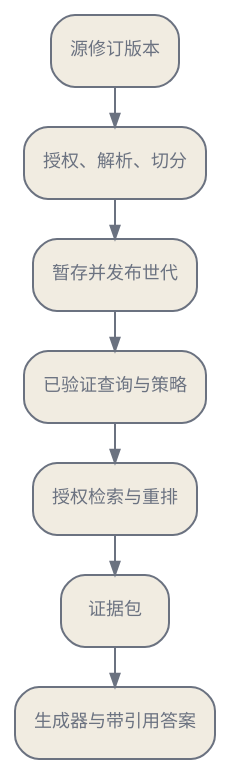
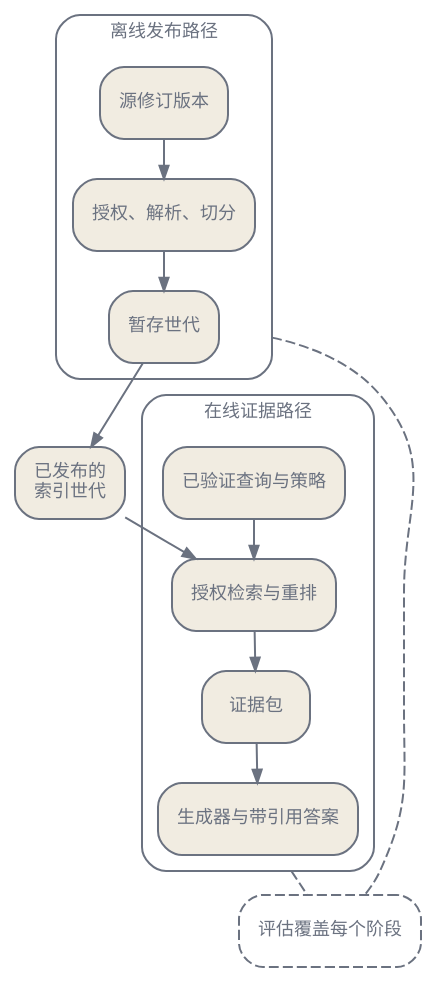
One commit to latere-ai/ai-as-an-infrastructure changed the first of 3 diagrams in zh/practice/06-retrieval-and-documents.qmd. Above: the diagram before and after it, drawn with Graphviz. The commit also changed other lines of this file and 1 other file, not shown here.

Commit message:
practice: retrieval release as two lanes joined at the published generation, query candidates as parallel retrievers

````diff
--- a/zh/practice/06-retrieval-and-documents.qmd
+++ b/zh/practice/06-retrieval-and-documents.qmd
@@ -18,21 +18,34 @@
 ```{dot}
 //| label: fig-retrieval-pipeline
 //| fig-cap: "一项检索发布包含离线发布路径和经过授权的在线证据路径。"
 digraph {
   bgcolor="transparent";
   rankdir=TB;
   graph [nodesep=0.18, ranksep=0.28];
   node [shape=box, style="rounded,filled", fontname="Helvetica", fontsize=9,
         color="#6b7280", fontcolor="#6b7280", fillcolor="#f1ece1",
         penwidth=1.0, margin="0.12,0.08"];
   edge [color="#6b7280", arrowsize=0.65];
-  S [label="源修订版本"];
-  I [label="授权、解析、切分"];
-  P [label="暂存并发布世代"];
-  Q [label="已验证查询与策略"];
-  R [label="授权检索与重排"];
-  E [label="证据包"];
-  A [label="生成器与带引用答案"];
-  S -> I -> P -> Q -> R -> E -> A;
+  compound=true;
+  subgraph cluster_offline {
+    label="离线发布路径"; style=rounded; color="#6b7280"; fontcolor="#6b7280"; fontname="Helvetica"; fontsize=9;
+    S [label="源修订版本"];
+    I [label="授权、解析、切分"];
+    P [label="暂存世代"];
+    S -> I -> P;
+  }
+  G [label="已发布的\n索引世代"];
+  subgraph cluster_online {
+    label="在线证据路径"; style=rounded; color="#6b7280"; fontcolor="#6b7280"; fontname="Helvetica"; fontsize=9;
+    Q [label="已验证查询与策略"];
+    R [label="授权检索与重排"];
+    E [label="证据包"];
+    A [label="生成器与带引用答案"];
+    Q -> R -> E -> A;
+  }
+  V [label="评估覆盖每个阶段", style="rounded,dashed"];
+  P -> G -> R;
+  P -> V [ltail=cluster_offline, style=dashed, arrowhead=none];
+  A -> V [ltail=cluster_online, style=dashed, arrowhead=none];
 }
 ```
````
